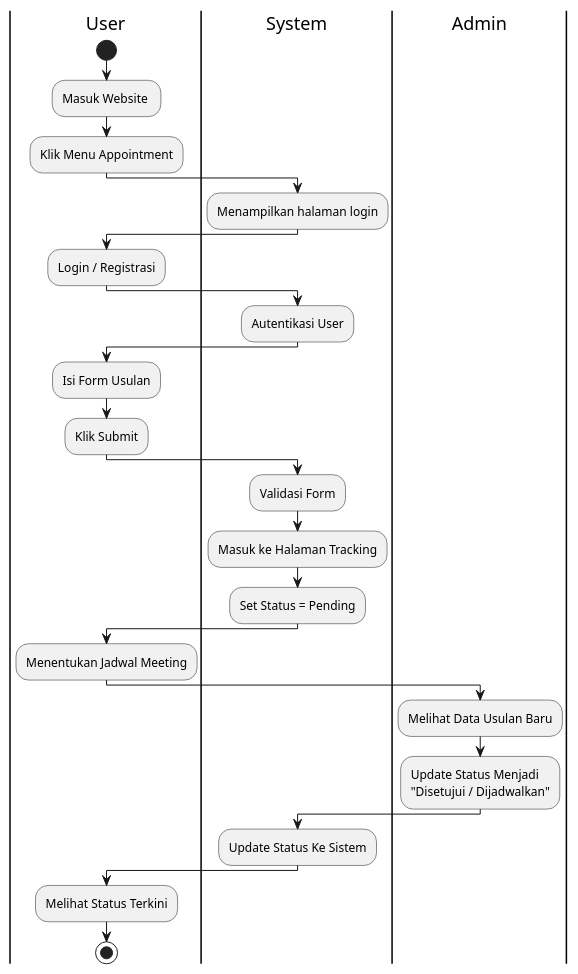
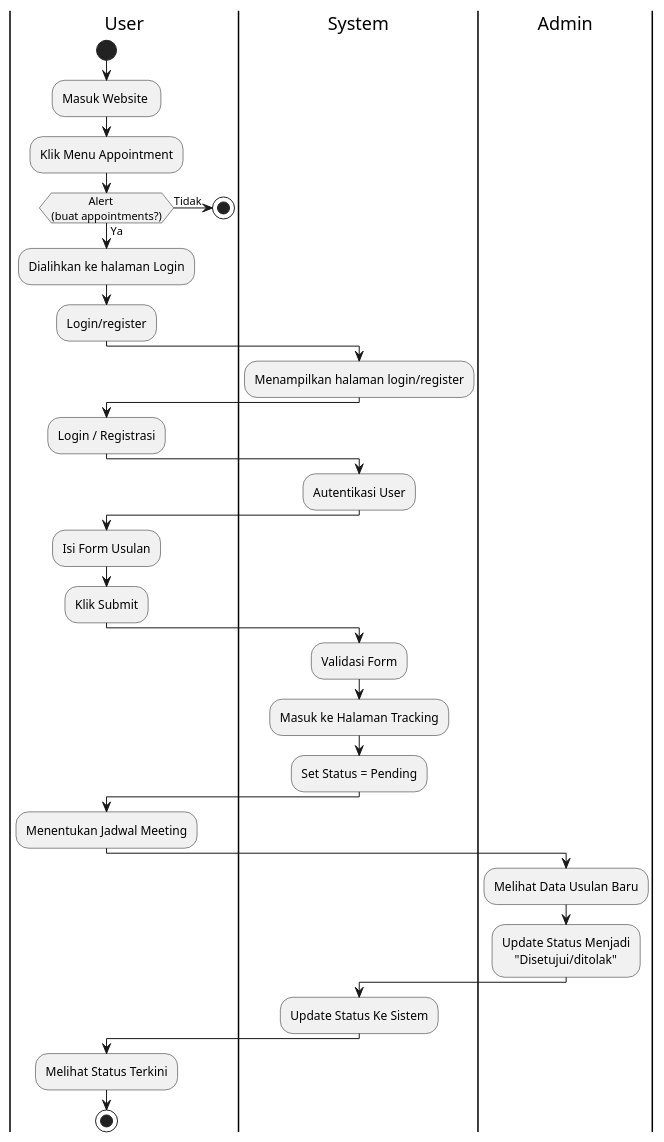
One commit to AriHyuk/uml changed the diagram in form-usulan.puml. Above: the diagram before and after it, drawn with PlantUML. The commit also changed 8 other files, not shown here.

Commit message:
update erd

```diff
--- a/form-usulan.puml
+++ b/form-usulan.puml
@@ -1,46 +1,47 @@
 @startuml
 |User|
 start
 :Masuk Website ;
 :Klik Menu Appointment;
-' if (Login sekarang?) then (Ya)
-'   :Dialihkan ke halaman Login;
-'   :Login;
-' else (Tidak)
-'   :Batal buat appointment;
-' endif
+if (             Alert
+(buat appointments?)) then (Ya)
+  :Dialihkan ke halaman Login;
+  :Login/register;
+else (Tidak)
+  stop;
+endif
 
 |System|
-:Menampilkan halaman login;
+:Menampilkan halaman login/register;
 
 |User|
 :Login / Registrasi;
 
 |System|
 :Autentikasi User;
 
 |User|
 :Isi Form Usulan;
 :Klik Submit;
 
 |System|
 :Validasi Form;
 :Masuk ke Halaman Tracking;
 :Set Status = Pending;
 
 |User|
 :Menentukan Jadwal Meeting;
 
 |Admin|
 :Melihat Data Usulan Baru;
 :Update Status Menjadi
-"Disetujui / Dijadwalkan";
+    "Disetujui/ditolak";
 
 |System|
 :Update Status Ke Sistem;
 
 |User|
 :Melihat Status Terkini;
 
 stop
 @enduml
```
